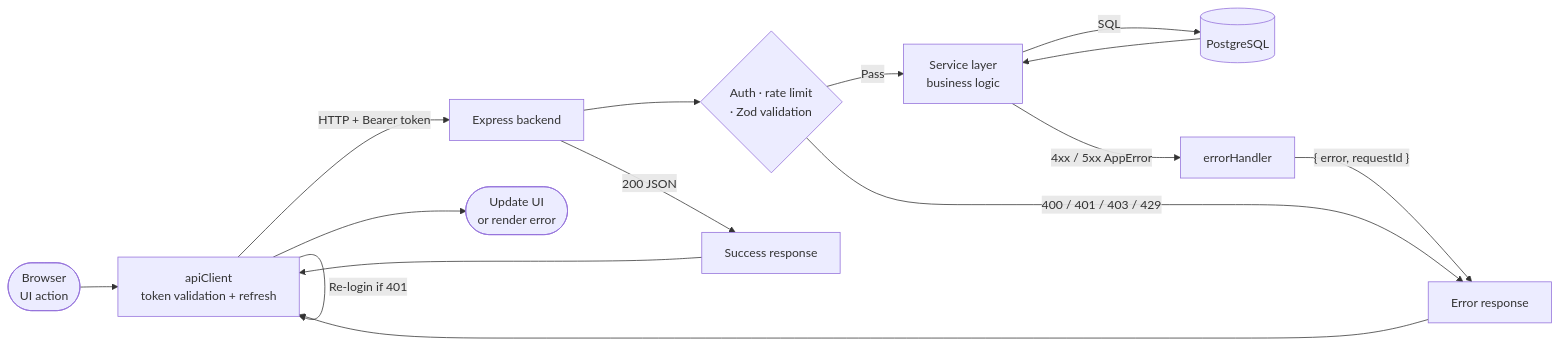
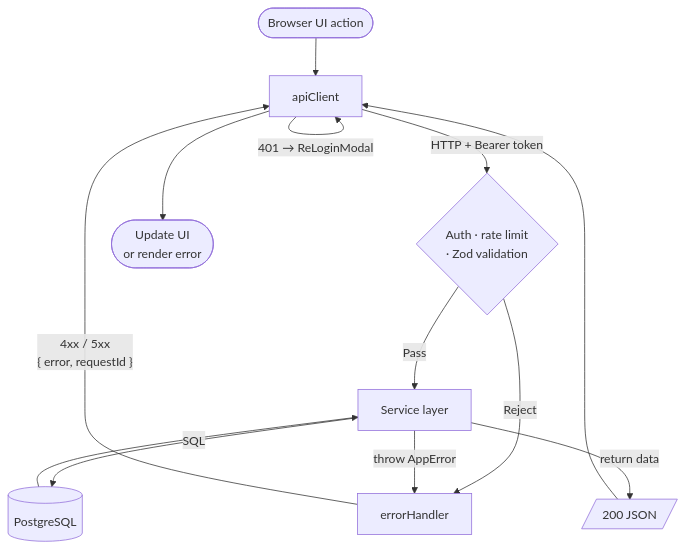
The diagram in README.md (shin0bi21/program-management-app), drawn with Mermaid before and after one commit. The commit also changed 2 other files, not shown here.

Commit message:
more read me doc uodates andddd cut

````diff
--- a/README.md
+++ b/README.md
@@ -20,20 +20,19 @@
 ```mermaid
-flowchart LR
-    A([Browser\nUI action]) --> B[apiClient\ntoken validation + refresh]
-    B -->|"HTTP + Bearer token"| C[Express backend]
+flowchart TD
+    A([Browser UI action]) --> B[apiClient]
+    B -->|"HTTP + Bearer token"| MW{"Auth · rate limit\n· Zod validation"}
 
-    C --> MW{"Auth · rate limit\n· Zod validation"}
-    MW -->|Pass| SVC[Service layer\nbusiness logic]
+    MW -->|Pass| SVC[Service layer]
+    MW -->|"Reject"| ERR[errorHandler]
+
     SVC -->|SQL| DB[(PostgreSQL)]
     DB --> SVC
+    SVC -->|throw AppError| ERR
+    SVC -->|return data| OK[/"200 JSON"/]
 
-    SVC -->|"4xx / 5xx AppError"| ERR[errorHandler]
-    ERR -->|"{ error, requestId }"| RESP
-    MW -->|"400 / 401 / 403 / 429"| RESP["Error response"]
-    C -->|"200 JSON"| OK["Success response"]
+    ERR -->|"4xx / 5xx\n{ error, requestId }"| B
+    OK --> B
 
-    RESP --> B
-    OK --> B
-    B -->|"Re-login if 401"| B
+    B -->|"401 → ReLoginModal"| B
     B --> UI([Update UI\nor render error])
 ```
````
